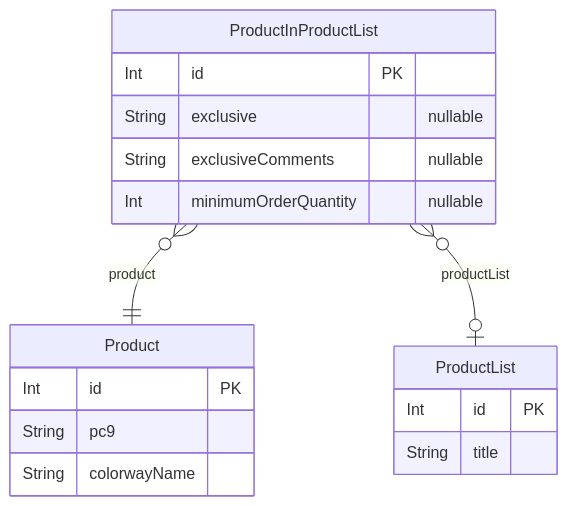
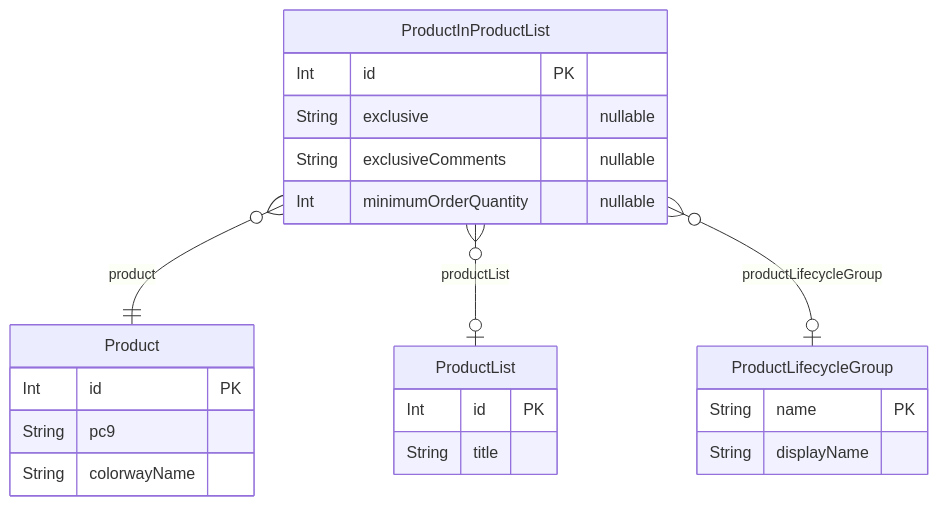
Before and after one commit to redbadger/assortify-attributes-spike: the diagram in README.md, drawn with Mermaid. The commit also changed 16 other files, not shown here.

Commit message:
Add Product Lifecycle Group

````diff
--- a/README.md
+++ b/README.md
@@ -1,26 +1,33 @@
 ```mermaid
 erDiagram
 
   Product {
     Int id PK 
     String pc9  
     String colorwayName  
     }
   
 
   ProductList {
     Int id PK 
     String title  
     }
   
 
   ProductInProductList {
     Int id PK 
     String exclusive  "nullable"
     String exclusiveComments  "nullable"
     Int minimumOrderQuantity  "nullable"
     }
   
+
+  ProductLifecycleGroup {
+    String name PK 
+    String displayName  
+    }
+  
     ProductInProductList o{--|| Product : "product"
     ProductInProductList o{--|o ProductList : "productList"
+    ProductInProductList o{--|o ProductLifecycleGroup : "productLifecycleGroup"
 ```
````
